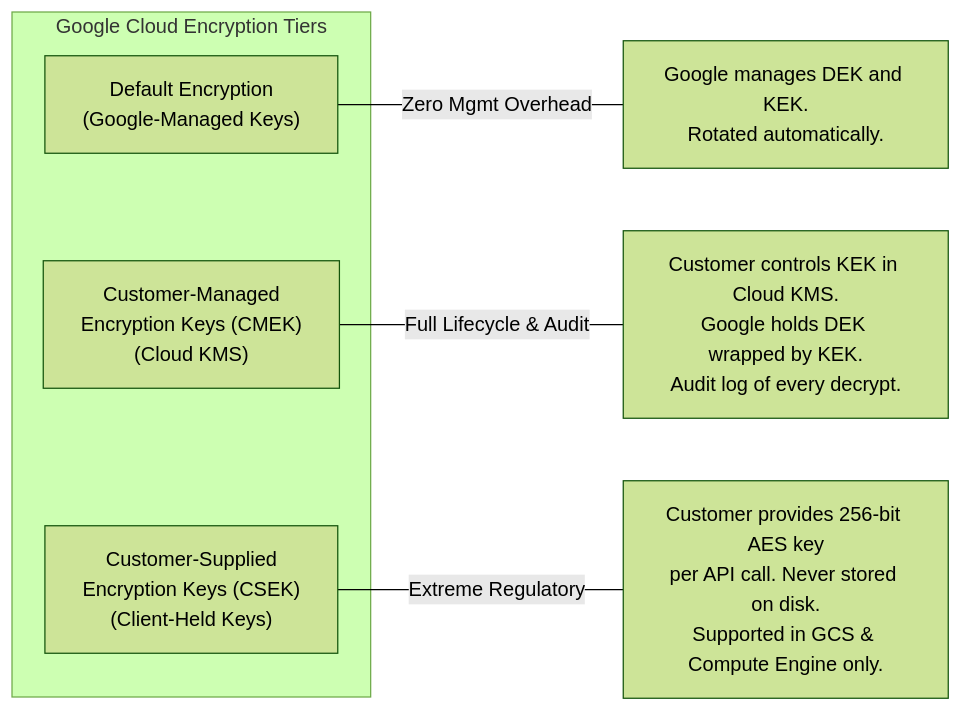
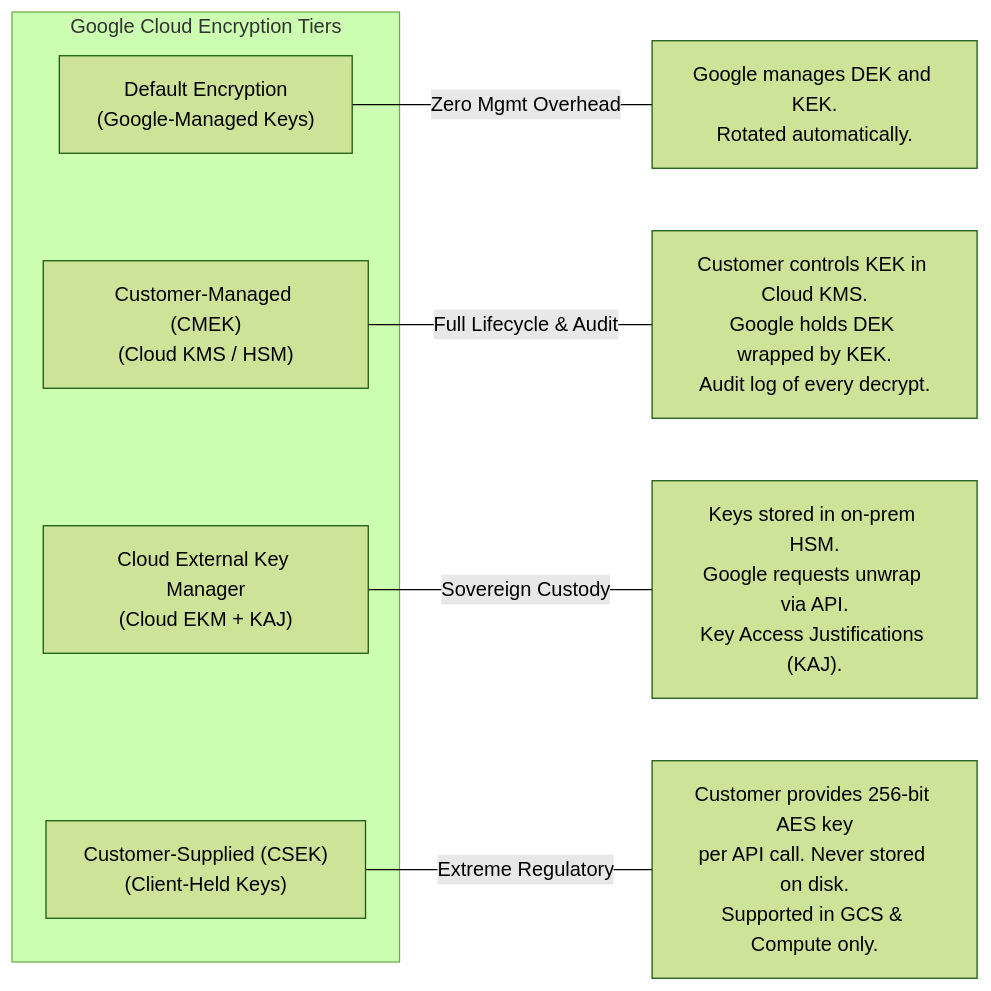
One commit to rohithvishaal/GCP_PDE_Notes changed the second of 6 diagrams in 04_phase3_exam_domains/domain_1_designing_data_processing_systems.md. Above: the diagram before and after it, drawn with Mermaid (forest theme). The commit also changed other lines of this file and 8 other files, not shown here.

````diff
--- a/04_phase3_exam_domains/domain_1_designing_data_processing_systems.md
+++ b/04_phase3_exam_domains/domain_1_designing_data_processing_systems.md
@@ -98,12 +103,14 @@
 ```mermaid
 flowchart LR
     subgraph Levels["Google Cloud Encryption Tiers"]
         Def["Default Encryption<br/>(Google-Managed Keys)"]
-        CMEK["Customer-Managed<br/>Encryption Keys (CMEK)<br/>(Cloud KMS)"]
-        CSEK["Customer-Supplied<br/>Encryption Keys (CSEK)<br/>(Client-Held Keys)"]
+        CMEK["Customer-Managed (CMEK)<br/>(Cloud KMS / HSM)"]
+        EKM["Cloud External Key Manager<br/>(Cloud EKM + KAJ)"]
+        CSEK["Customer-Supplied (CSEK)<br/>(Client-Held Keys)"]
     end
 
     Def ---|Zero Mgmt Overhead| L1["Google manages DEK and KEK.<br/>Rotated automatically."]
     CMEK ---|Full Lifecycle & Audit| L2["Customer controls KEK in Cloud KMS.<br/>Google holds DEK wrapped by KEK.<br/>Audit log of every decrypt."]
-    CSEK ---|Extreme Regulatory| L3["Customer provides 256-bit AES key<br/>per API call. Never stored on disk.<br/>Supported in GCS & Compute Engine only."]
+    EKM ---|Sovereign Custody| L3["Keys stored in on-prem HSM.<br/>Google requests unwrap via API.<br/>Key Access Justifications (KAJ)."]
+    CSEK ---|Extreme Regulatory| L4["Customer provides 256-bit AES key<br/>per API call. Never stored on disk.<br/>Supported in GCS & Compute only."]
 ```
````
